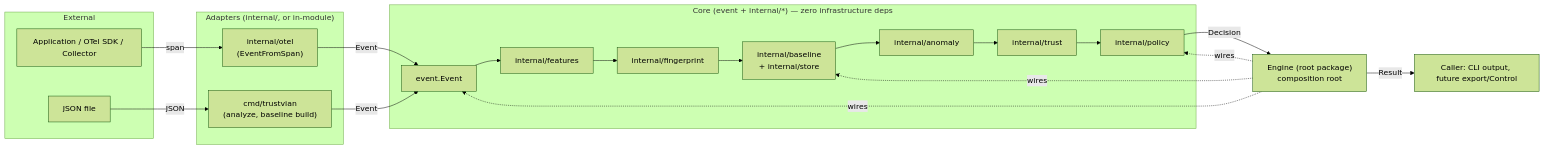
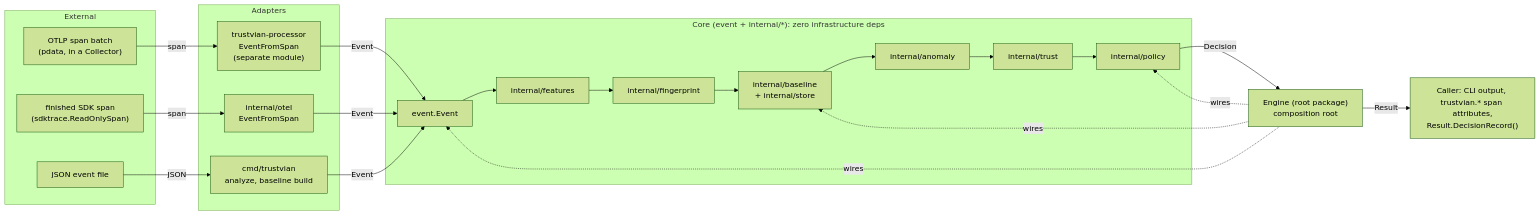
One commit to trustvian/trustvian changed the first of 4 diagrams in docs/ARCHITECTURE.md. Above: the diagram before and after it, drawn with Mermaid (forest theme). The commit also changed other lines of this file and 53 other files, not shown here.

````diff
--- a/docs/ARCHITECTURE.md
+++ b/docs/ARCHITECTURE.md
@@ -16,35 +19,39 @@
 ```mermaid
 flowchart LR
     subgraph ext["External"]
-        OTelSDK["Application / OTel SDK / Collector"]
-        JSONFile["JSON file"]
+        OTLP["OTLP span batch<br/>(pdata, in a Collector)"]
+        SDKSpan["finished SDK span<br/>(sdktrace.ReadOnlySpan)"]
+        JSONFile["JSON event file"]
     end
 
-    subgraph adapters["Adapters (internal/, or in-module)"]
-        OTelAdapter["internal/otel\n(EventFromSpan)"]
-        CLI["cmd/trustvian\n(analyze, baseline build)"]
+    subgraph adapters["Adapters"]
+        Processor["trustvian-processor<br/>EventFromSpan<br/>(separate module)"]
+        OTelAdapter["internal/otel<br/>EventFromSpan"]
+        CLI["cmd/trustvian<br/>analyze, baseline build"]
     end
 
-    subgraph core["Core (event + internal/*) — zero infrastructure deps"]
+    subgraph core["Core (event + internal/*): zero infrastructure deps"]
         Event["event.Event"]
         Features["internal/features"]
         Fingerprint["internal/fingerprint"]
-        Baseline["internal/baseline\n+ internal/store"]
+        Baseline["internal/baseline<br/>+ internal/store"]
         Anomaly["internal/anomaly"]
         Trust["internal/trust"]
         Policy["internal/policy"]
     end
 
-    Engine["Engine (root package)\ncomposition root"]
+    Engine["Engine (root package)<br/>composition root"]
 
-    OTelSDK -->|span| OTelAdapter
-    JSONFile -->|JSON| CLI
-    OTelAdapter -->|Event| Event
-    CLI -->|Event| Event
+    OTLP -->|"span"| Processor
+    SDKSpan -->|"span"| OTelAdapter
+    JSONFile -->|"JSON"| CLI
+    Processor -->|"Event"| Event
+    OTelAdapter -->|"Event"| Event
+    CLI -->|"Event"| Event
     Event --> Features --> Fingerprint --> Baseline --> Anomaly --> Trust --> Policy
-    Policy -->|Decision| Engine
-    Engine -.wires.-> Event
-    Engine -.wires.-> Baseline
-    Engine -.wires.-> Policy
-    Engine -->|Result| Consumer["Caller: CLI output, future export/Control"]
+    Policy -->|"Decision"| Engine
+    Engine -.->|"wires"| Event
+    Engine -.->|"wires"| Baseline
+    Engine -.->|"wires"| Policy
+    Engine -->|"Result"| Consumer["Caller: CLI output, trustvian.* span attributes,<br/>Result.DecisionRecord()"]
 ```
````
